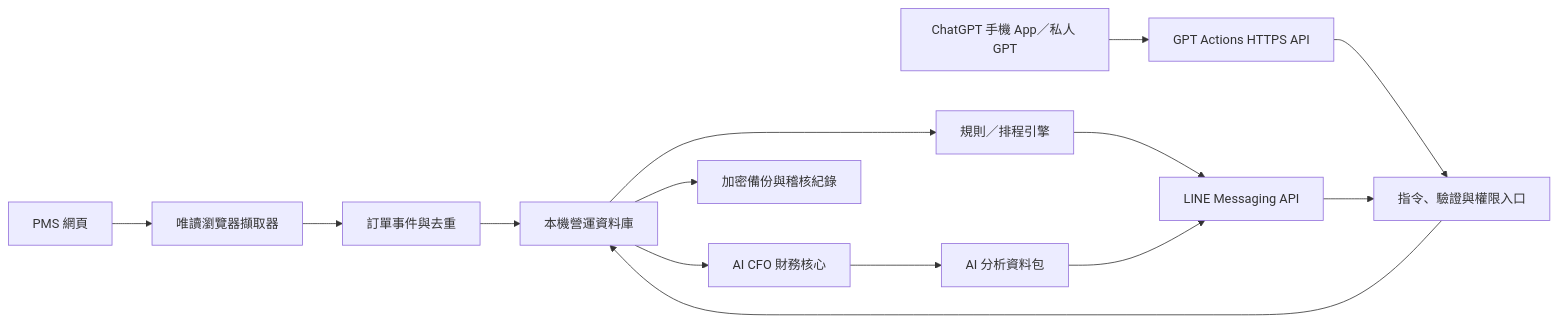
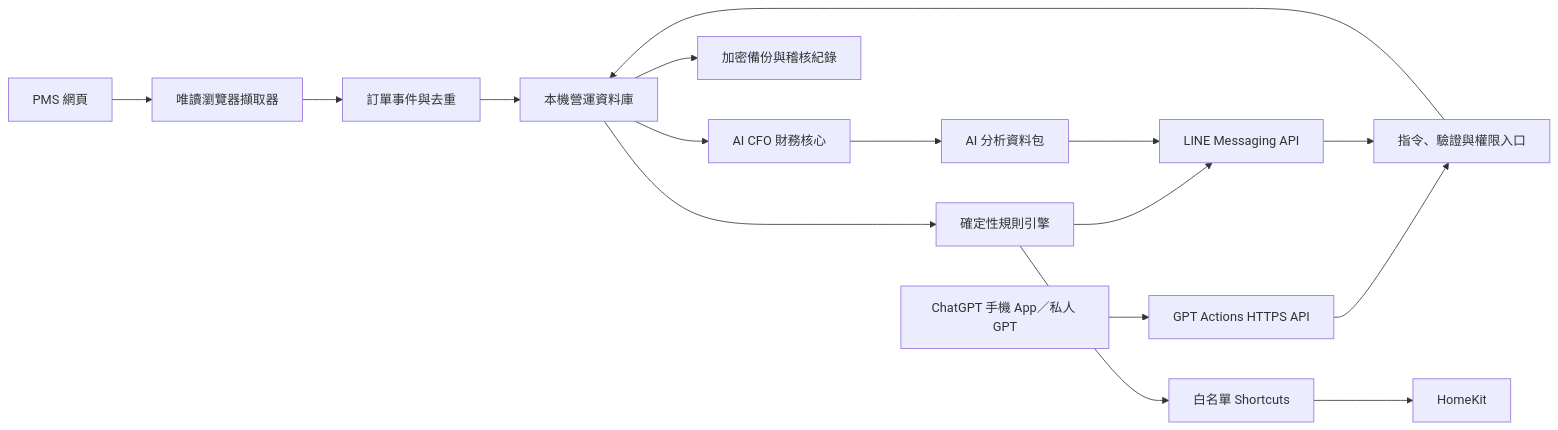
Before and after one commit to sugarcubetw/AI-CFO: the diagram in docs/Operations_Agent_Architecture.md, drawn with Mermaid. The commit also changed other lines of this file and 15 other files, not shown here.

````diff
--- a/docs/Operations_Agent_Architecture.md
+++ b/docs/Operations_Agent_Architecture.md
@@ -27,16 +27,18 @@
 ```mermaid
 flowchart LR
     PMS["PMS 網頁"] --> Collector["唯讀瀏覽器擷取器"]
     Collector --> Events["訂單事件與去重"]
     Events --> DB["本機營運資料庫"]
     ChatGPT["ChatGPT 手機 App／私人 GPT"] --> Actions["GPT Actions HTTPS API"]
     Actions --> Gateway["指令、驗證與權限入口"]
     LINE["LINE Messaging API"] --> Gateway
     Gateway --> DB
-    DB --> Rules["規則／排程引擎"]
     DB --> CFO["AI CFO 財務核心"]
+    DB --> Rules["確定性規則引擎"]
+    Rules --> Shortcuts["白名單 Shortcuts"]
+    Shortcuts --> HomeKit["HomeKit"]
     Rules --> LINE
     CFO --> Insight["AI 分析資料包"]
     Insight --> LINE
     DB --> Backup["加密備份與稽核紀錄"]
 ```
````
